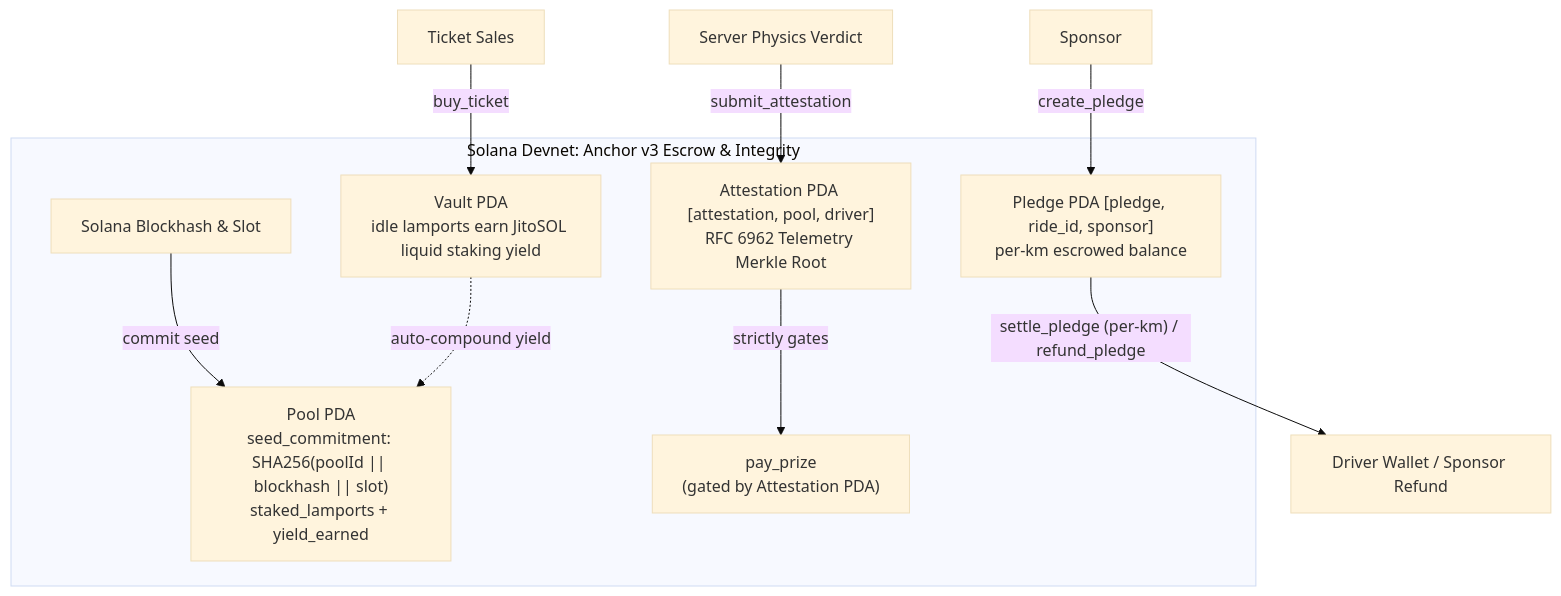
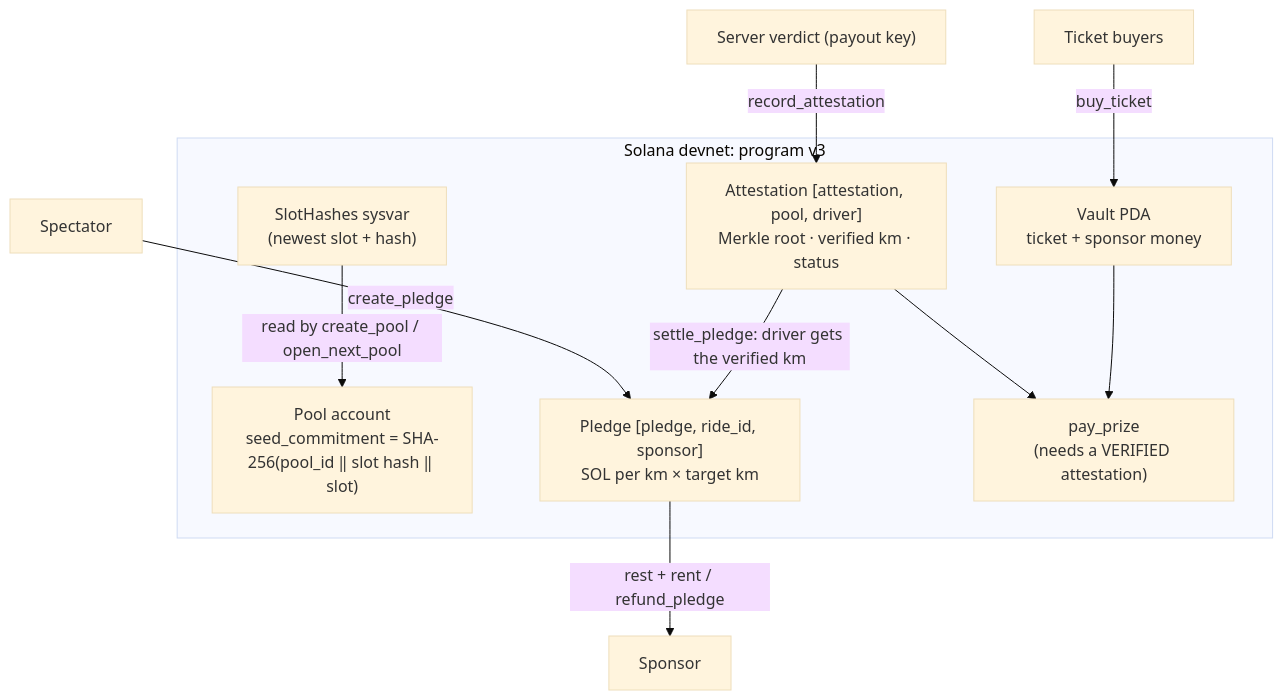
The third of 11 diagrams in README.md (recferret-bit/freightchain), drawn with Mermaid (base theme) before and after one commit. The commit also changed other lines of this file and 8 other files, not shown here.

Commit message:
Docs: program v3 as it is – no staking yield, the attestation is the server's verdict, pledges settle or refund on chain, the seed is committed by the program

````diff
--- a/README.md
+++ b/README.md
@@ -228,18 +228,19 @@
 ```mermaid
 flowchart TB
-  subgraph solana [Solana Devnet: Anchor v3 Escrow & Integrity]
-    slot["Solana Blockhash & Slot"]
-    pool["Pool PDA<br/>seed_commitment: SHA256(poolId || blockhash || slot)<br/>staked_lamports + yield_earned"]
-    vault["Vault PDA<br/>idle lamports earn JitoSOL liquid staking yield"]
-    pledge["Pledge PDA [pledge, ride_id, sponsor]<br/>per-km escrowed balance"]
-    attest["Attestation PDA [attestation, pool, driver]<br/>RFC 6962 Telemetry Merkle Root"]
-    prize["pay_prize<br/>(gated by Attestation PDA)"]
+  subgraph solana [Solana devnet: program v3]
+    slot["SlotHashes sysvar<br/>(newest slot + hash)"]
+    pool["Pool account<br/>seed_commitment = SHA-256(pool_id ‖ slot hash ‖ slot)"]
+    vault["Vault PDA<br/>ticket + sponsor money"]
+    pledge["Pledge [pledge, ride_id, sponsor]<br/>SOL per km × target km"]
+    attest["Attestation [attestation, pool, driver]<br/>Merkle root · verified km · status"]
+    prize["pay_prize<br/>(needs a VERIFIED attestation)"]
   end
-  slot -->|"commit seed"| pool
-  tickets["Ticket Sales"] -->|"buy_ticket"| vault
-  vault -.->|"auto-compound yield"| pool
-  sponsor["Sponsor"] -->|"create_pledge"| pledge
-  judge["Server Physics Verdict"] -->|"submit_attestation"| attest
-  attest -->|"strictly gates"| prize
-  pledge -->|"settle_pledge (per-km) / refund_pledge"| driver["Driver Wallet / Sponsor Refund"]
+  slot -->|"read by create_pool / open_next_pool"| pool
+  tickets["Ticket buyers"] -->|"buy_ticket"| vault
+  sponsor["Spectator"] -->|"create_pledge"| pledge
+  judge["Server verdict (payout key)"] -->|"record_attestation"| attest
+  attest --> prize
+  vault --> prize
+  attest -->|"settle_pledge: driver gets the verified km"| pledge
+  pledge -->|"rest + rent / refund_pledge"| back["Sponsor"]
 ```
````
